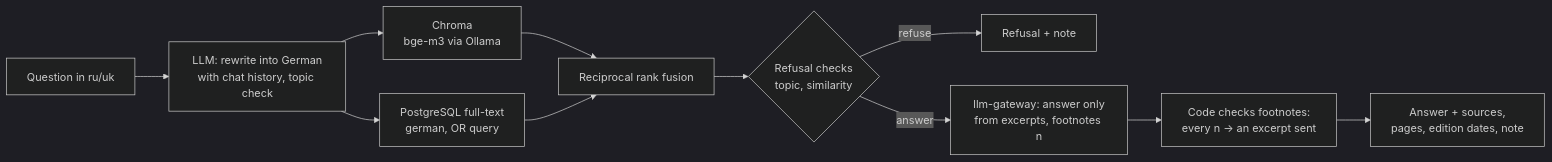
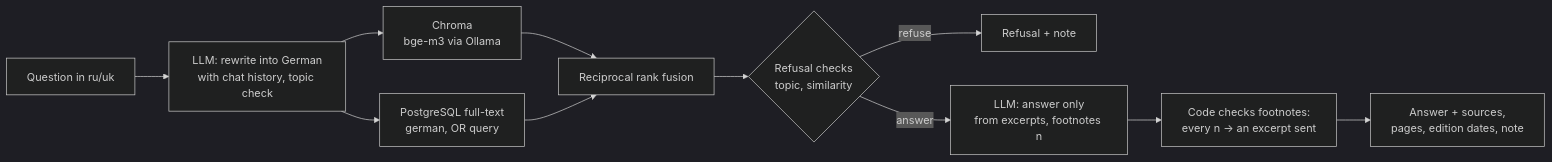
The diagram in README.md (bohdass-source/amt-assistant), drawn with Mermaid (dark theme) before and after one commit. The commit also changed other lines of this file, not shown here.

Commit message:
docs: describe the project as an undeployed portfolio project and Ollama as the tested LLM endpoint

````diff
--- a/README.md
+++ b/README.md
@@ -193,13 +193,13 @@
 ```mermaid
 flowchart LR
   U[Question in ru/uk] --> RW[LLM: rewrite into German<br/>with chat history, topic check]
   RW --> V[Chroma<br/>bge-m3 via Ollama]
   RW --> K[PostgreSQL full-text<br/>german, OR query]
   V --> F[Reciprocal rank fusion]
   K --> F
   F --> T{Refusal checks<br/>topic, similarity}
   T -- refuse --> R[Refusal + note]
-  T -- answer --> G[llm-gateway: answer only<br/>from excerpts, footnotes n]
+  T -- answer --> G[LLM: answer only<br/>from excerpts, footnotes n]
   G --> C[Code checks footnotes:<br/>every n → an excerpt sent]
   C --> A[Answer + sources,<br/>pages, edition dates, note]
 ```
````
